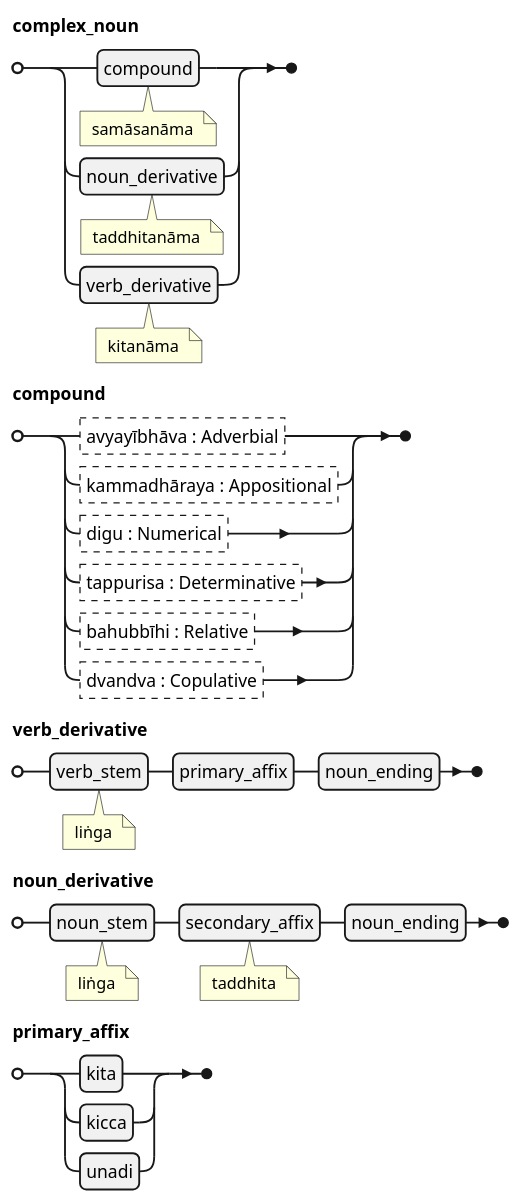
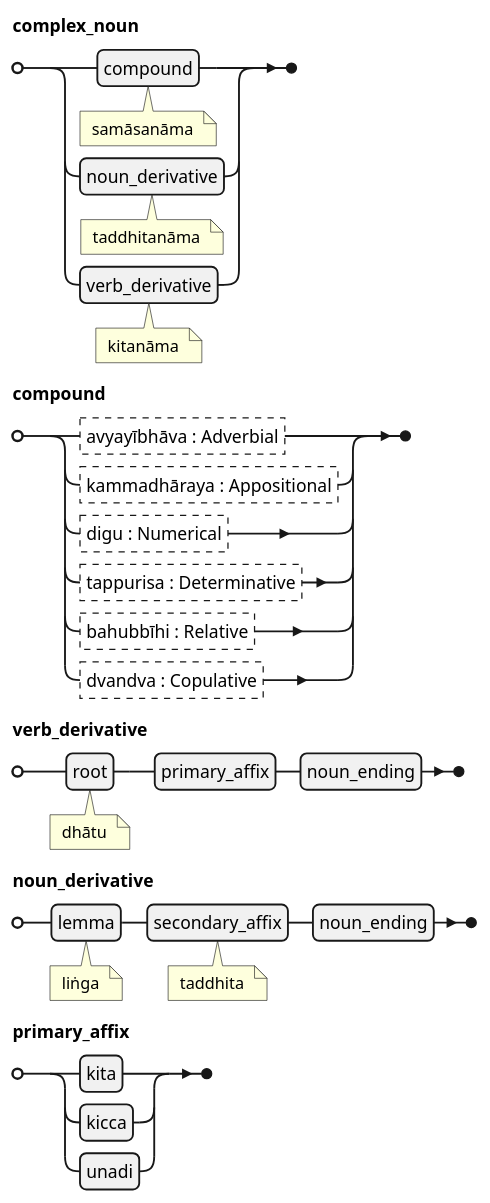
One commit to ChristineTham/buddhavacana changed diagram 11 of 12 in src/content/docs/Pali Textbook/c-grammar.md. Above: the diagram before and after it, drawn with PlantUML. The commit also changed other lines of this file and 52 other files, not shown here.

````diff
--- a/src/content/docs/Pali Textbook/c-grammar.md
+++ b/src/content/docs/Pali Textbook/c-grammar.md
@@ -241,18 +241,18 @@
 ```plantuml
 @startebnf
 complex_noun =
   compound (* samāsanāma *) |
   noun_derivative (* taddhitanāma *) |
   verb_derivative (* kitanāma *) ;
 compound =
   ?avyayībhāva : Adverbial? |
   ?kammadhāraya : Appositional? |
   ?digu : Numerical? |
   ?tappurisa : Determinative? |
   ?bahubbīhi : Relative? |
   ?dvandva : Copulative? ;
-verb_derivative = verb_stem (* liṅga *), primary_affix, noun_ending ;
-noun_derivative = noun_stem (* liṅga *), secondary_affix (* taddhita *), noun_ending ;
+verb_derivative = root (* dhātu *), primary_affix, noun_ending ;
+noun_derivative = lemma (* liṅga *), secondary_affix (* taddhita *), noun_ending ;
 primary_affix = kita | kicca | unadi;
 @endebnf
 ```
````
